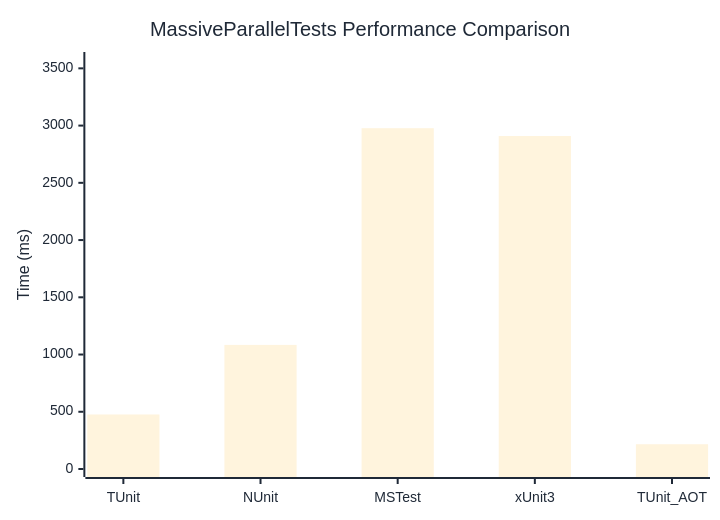
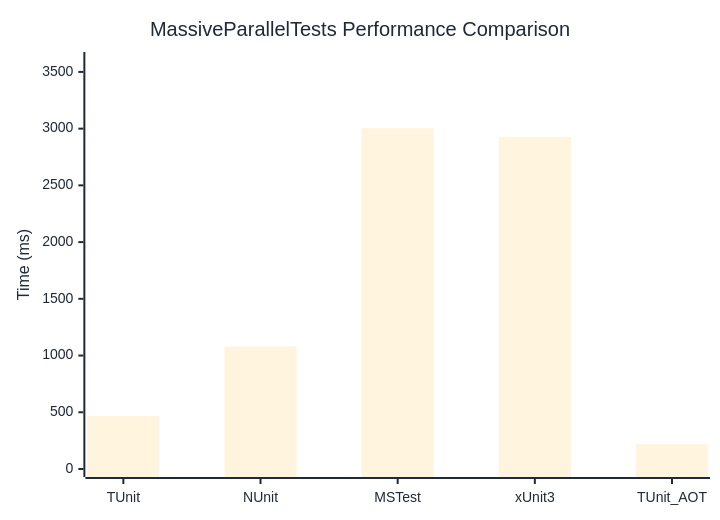
One commit to thomhurst/TUnit changed the diagram in docs/docs/benchmarks/engine/MassiveParallelTests.md. Above: the diagram before and after it, drawn with Mermaid. The commit also changed other lines of this file and 18 other files, not shown here.

````diff
--- a/docs/docs/benchmarks/engine/MassiveParallelTests.md
+++ b/docs/docs/benchmarks/engine/MassiveParallelTests.md
@@ -29,37 +29,37 @@
 ```mermaid
 %%{init: {
   'theme':'base',
   'themeVariables': {
     'primaryColor': '#2563eb',
     'primaryTextColor': '#1f2937',
     'primaryBorderColor': '#1e40af',
     'lineColor': '#6b7280',
     'secondaryColor': '#7c3aed',
     'tertiaryColor': '#dc2626',
     'background': '#ffffff',
     'mainBkg': '#2563eb',
     'secondBkg': '#7c3aed',
     'tertiaryBkg': '#dc2626',
     'clusterBkg': '#f3f4f6',
     'edgeLabelBackground': '#ffffff',
     'tertiaryTextColor': '#1f2937',
     'pie1': '#2563eb',
     'pie2': '#7c3aed',
     'pie3': '#dc2626',
     'pie4': '#f59e0b',
     'pie5': '#10b981',
     'pie6': '#06b6d4',
     'pie7': '#ec4899',
     'pie8': '#6366f1',
     'pie9': '#84cc16',
     'pie10': '#f97316',
     'pie11': '#14b8a6',
     'pie12': '#a855f7'
   }
 }}%%
 xychart-beta
   title "MassiveParallelTests Performance Comparison"
   x-axis ["TUnit", "NUnit", "MSTest", "xUnit3", "TUnit_AOT"]
-  y-axis "Time (ms)" 0 --> 3573
-  bar [476.2, 1084.2, 2977.3, 2908.9, 216.3]
+  y-axis "Time (ms)" 0 --> 3605
+  bar [467.8, 1079.8, 3004, 2927.5, 218.3]
 ```
````
